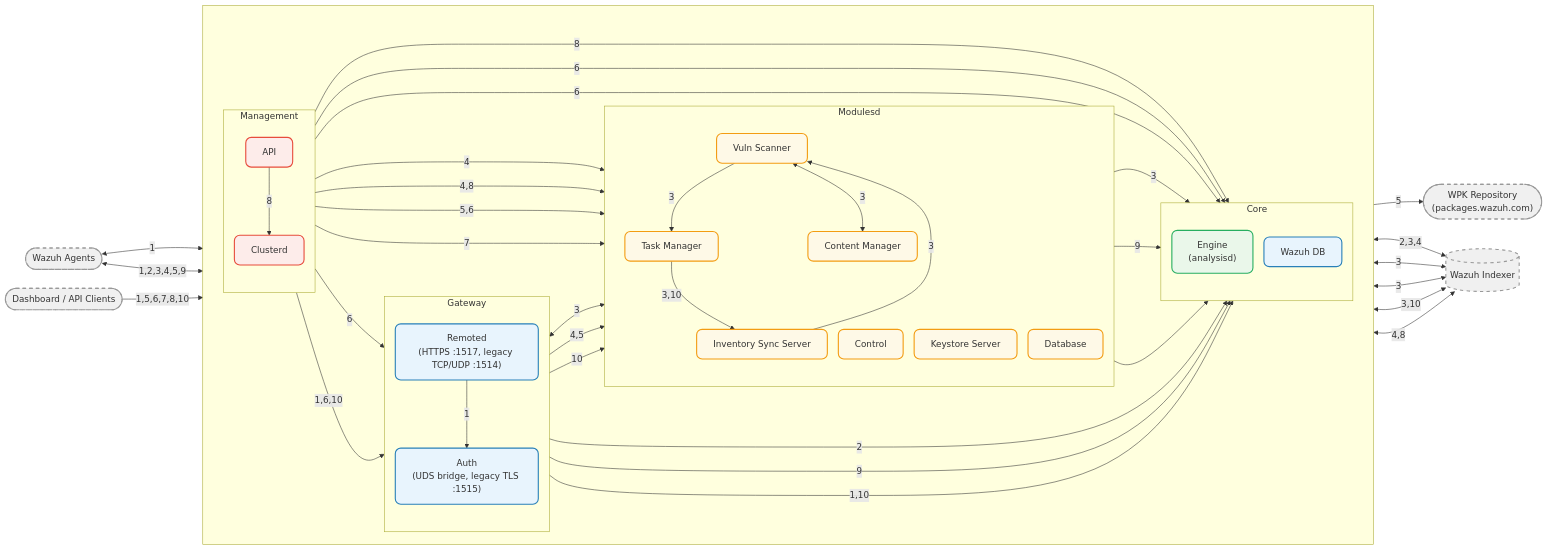
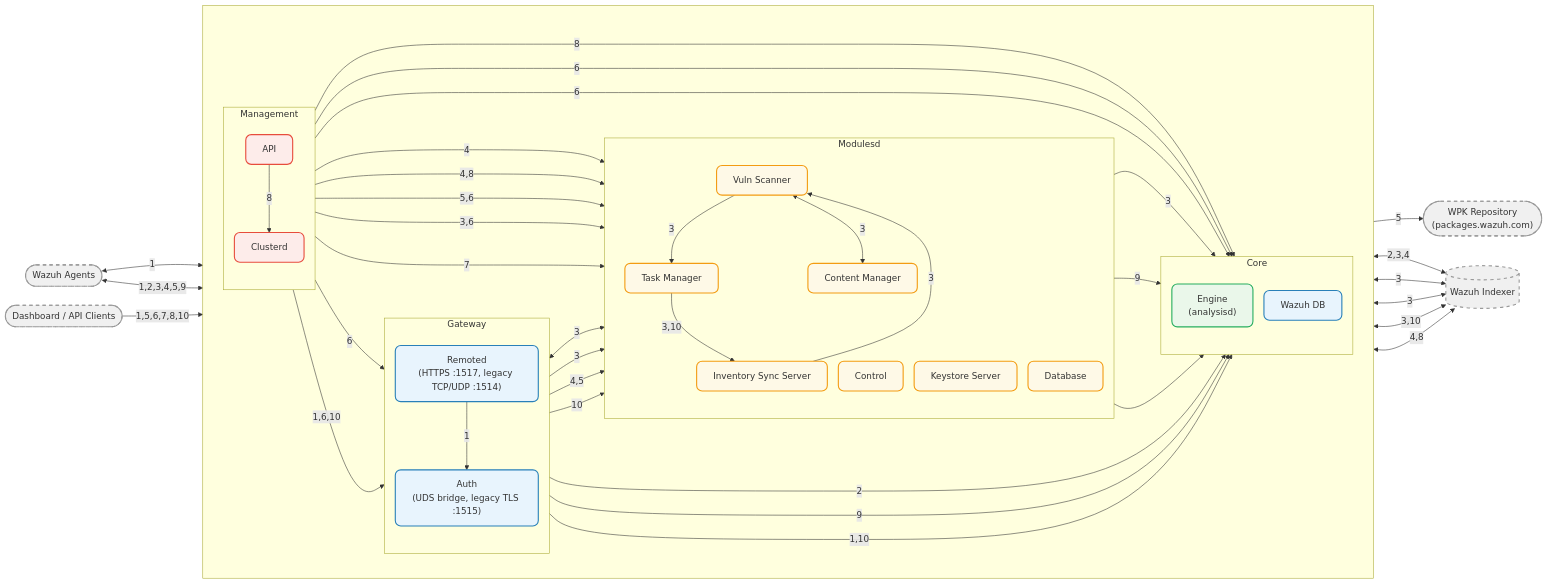
Before and after one commit to wazuh/wazuh: the diagram in docs/ref/architecture.md, drawn with Mermaid. The commit also changed other lines of this file and 85 other files, not shown here.

```diff
--- a/docs/ref/architecture.md
+++ b/docs/ref/architecture.md
@@ -96,6 +96,9 @@
 %% Modulesd ↔ Gateway (UDS relay: POST /stateful → queue/sockets/inventory-sync-http.sock)
 remoted <-->|3| is
 
+%% An agent's on-demand rescan request is relayed to the scanner's own socket (queue/sockets/vd-http.sock)
+remoted -->|3| vs
+
 %% Remoted asks for an agent's pending tasks and hands them back in the POST /control response
 remoted -->|4,5| tm
 
@@ -119,6 +122,7 @@
 %% Management → Internal
 api -->|5,6| tm
 api -->|6| engine & wdb & remoted
+api -->|3,6| vs
 api -->|1,6,10| authd
 api -->|7| ctrl
 api -->|8| clusterd
```
